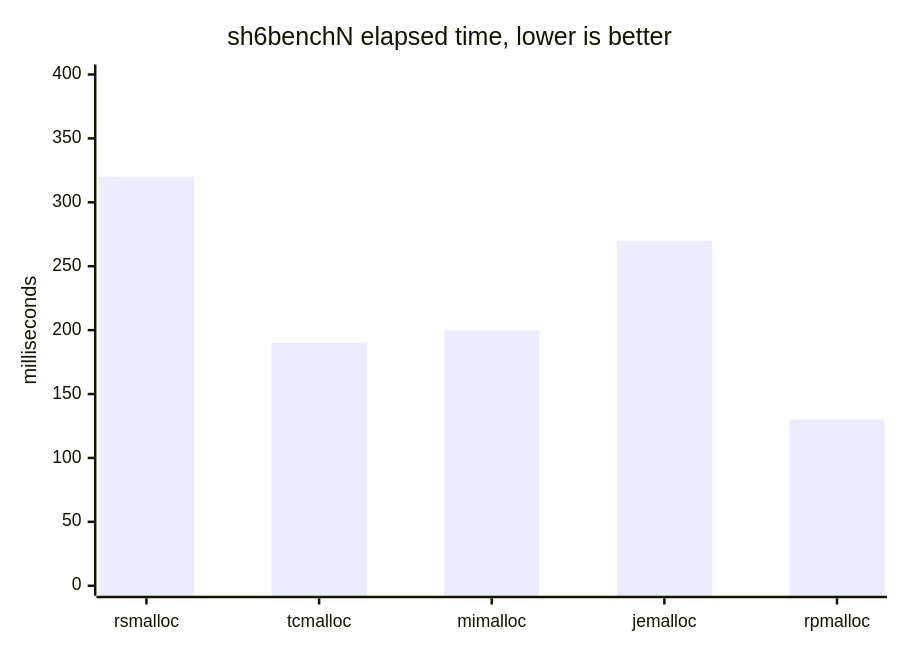
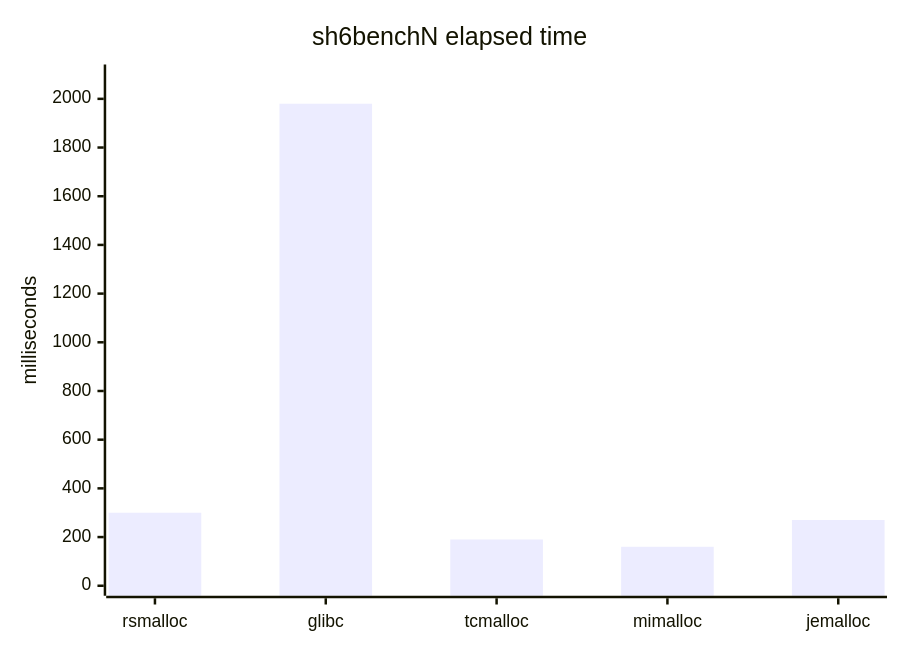
The fifth of 8 diagrams in benchmarks/benchmarks.md (Metehan120/rsmalloc), drawn with Mermaid before and after one commit. The commit also changed other lines of this file and 13 other files, not shown here.

````diff
--- a/benchmarks/benchmarks.md
+++ b/benchmarks/benchmarks.md
@@ -142,7 +118,7 @@
 ```mermaid
 xychart-beta
-    title "sh6benchN elapsed time, lower is better"
-    x-axis [rsmalloc, tcmalloc, mimalloc, jemalloc, rpmalloc]
-    y-axis "milliseconds" 0 --> 400
-    bar [320, 190, 200, 270, 130]
+    title "sh6benchN elapsed time"
+    x-axis [rsmalloc, glibc, tcmalloc, mimalloc, jemalloc]
+    y-axis "milliseconds" 0 --> 2100
+    bar [300, 1980, 190, 160, 270]
 ```
````
